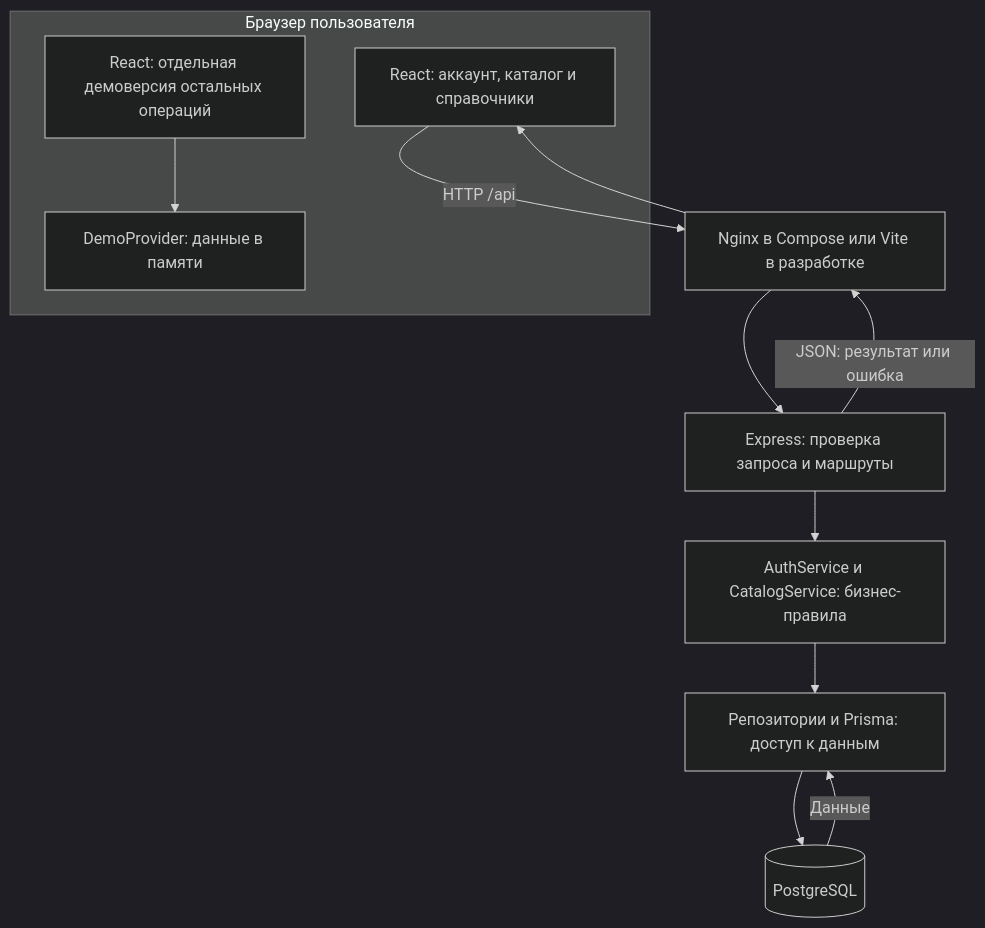
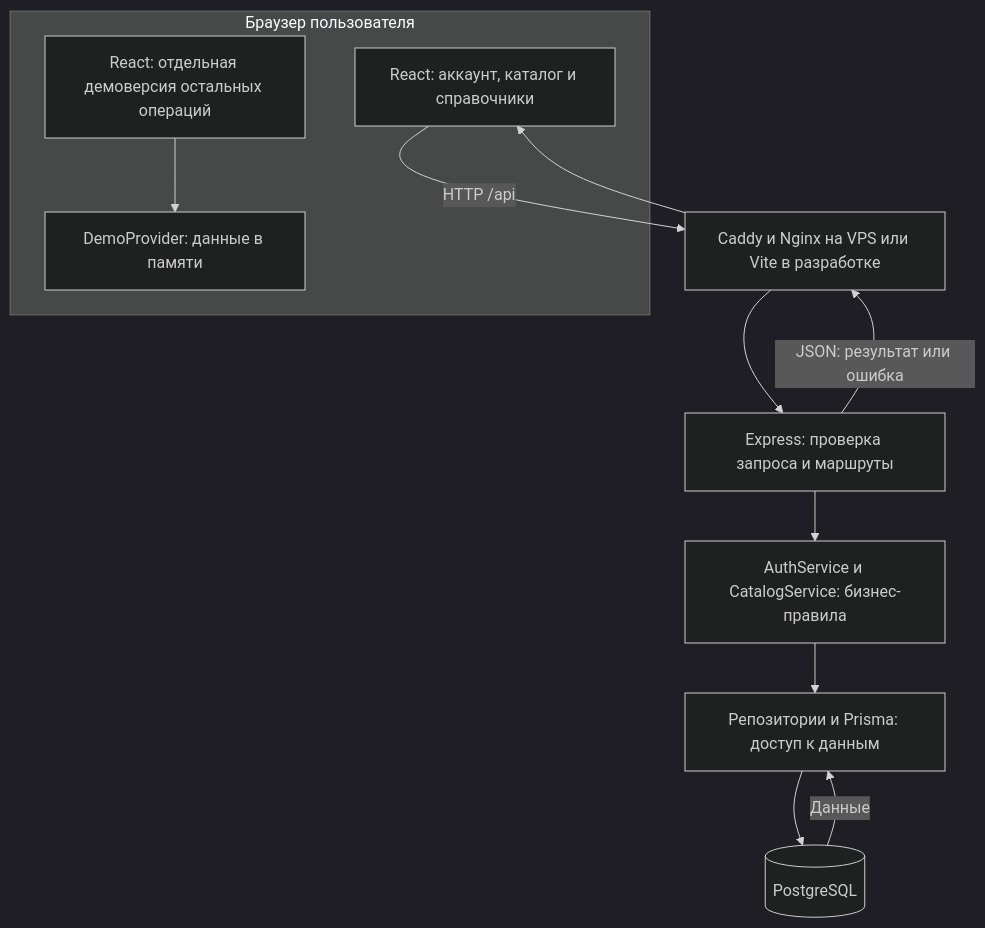
One commit to Samirrrrr123/college-inventory changed the first of 3 diagrams in docs/architecture.md. Above: the diagram before and after it, drawn with Mermaid (dark theme). The commit also changed other lines of this file and 10 other files, not shown here.

````diff
--- a/docs/architecture.md
+++ b/docs/architecture.md
@@ -7,22 +7,22 @@
 ```mermaid
 flowchart TB
     subgraph Browser[Браузер пользователя]
         Account[React: аккаунт, каталог и справочники]
         Screens[React: отдельная демоверсия остальных операций]
         Demo[DemoProvider: данные в памяти]
         Screens --> Demo
     end
-    Proxy[Nginx в Compose или Vite в разработке]
+    Proxy[Caddy и Nginx на VPS или Vite в разработке]
     Controller[Express: проверка запроса и маршруты]
     Service[AuthService и CatalogService: бизнес-правила]
     Repository[Репозитории и Prisma: доступ к данным]
     Database[(PostgreSQL)]
     Account -->|HTTP /api| Proxy
     Proxy --> Controller
     Controller --> Service
     Service --> Repository
     Repository --> Database
     Database -->|Данные| Repository
     Controller -->|JSON: результат или ошибка| Proxy
     Proxy --> Account
 ```
````
